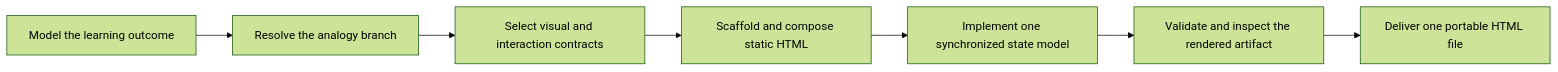
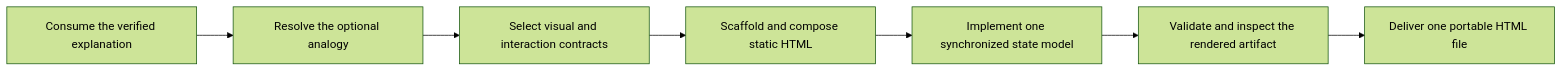
Before and after one commit to fam-tung-lam/ptlam-agent-plugin: the diagram in plugin/skills/ptlam-visualization-with-html/SKILL.md, drawn with Mermaid (forest theme). The commit also changed other lines of this file and 40 other files, not shown here.

````diff
--- a/plugin/skills/ptlam-visualization-with-html/SKILL.md
+++ b/plugin/skills/ptlam-visualization-with-html/SKILL.md
@@ -12,9 +12,9 @@
 ```mermaid
 flowchart LR
-    A[Model the learning outcome] --> B[Resolve the analogy branch]
+    A[Consume the verified explanation] --> B[Resolve the optional analogy]
     B --> C[Select visual and interaction contracts]
     C --> D[Scaffold and compose static HTML]
     D --> E[Implement one synchronized state model]
     E --> F[Validate and inspect the rendered artifact]
     F --> G[Deliver one portable HTML file]
 ```
````
